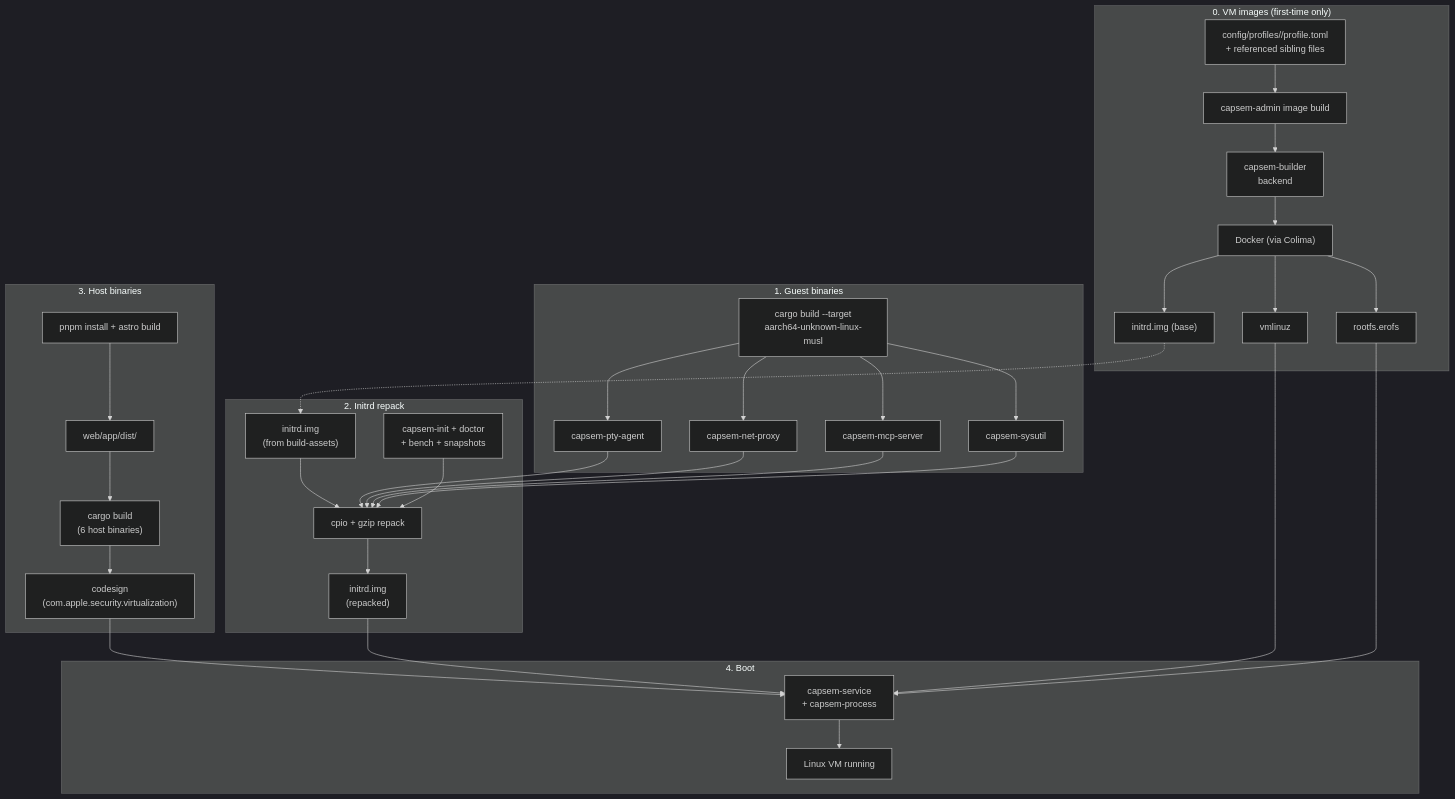
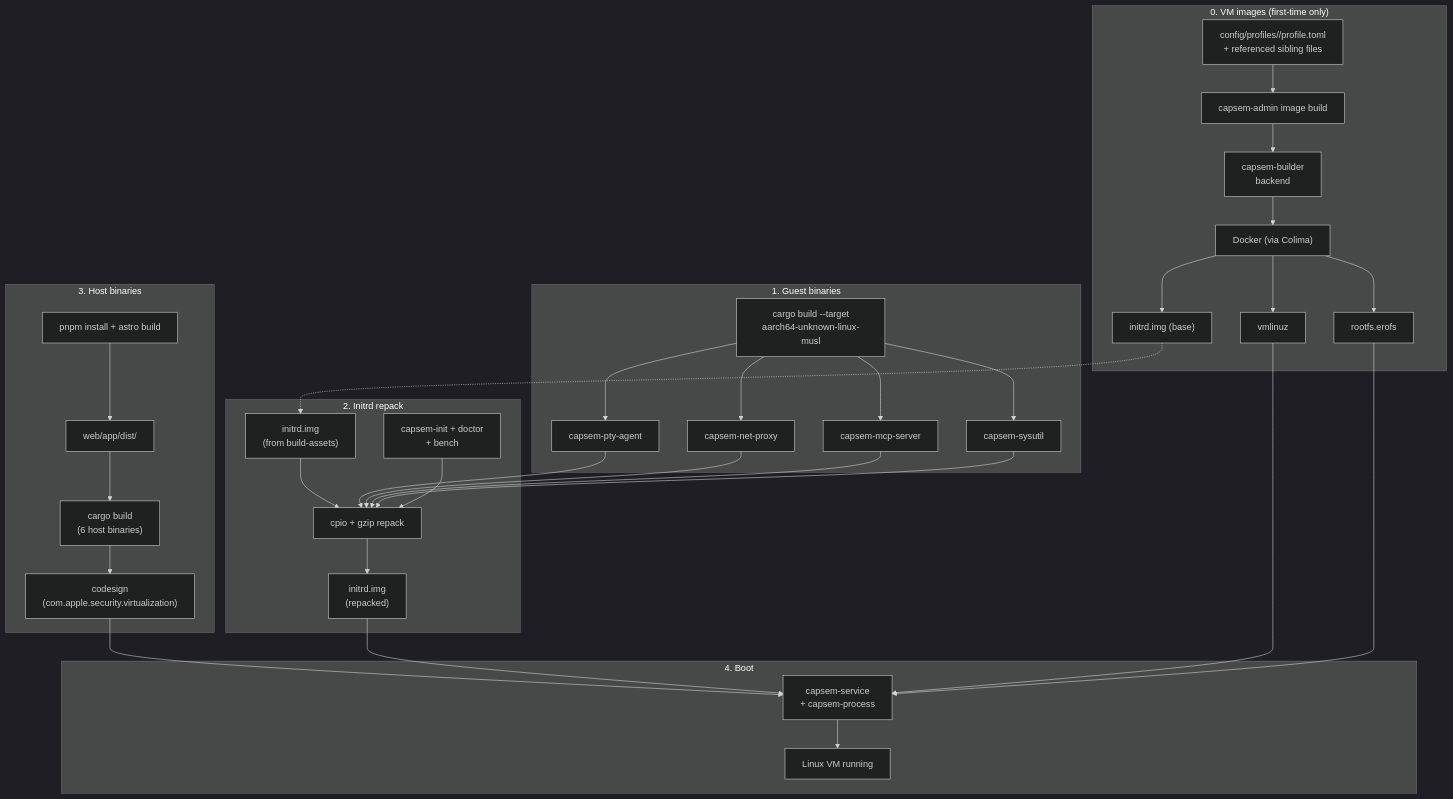
Before and after one commit to google/capsem: the first of 2 diagrams in web/docs/src/content/docs/development/stack.md, drawn with Mermaid (dark theme). The commit also changed other lines of this file and 217 other files, not shown here.

````diff
--- a/web/docs/src/content/docs/development/stack.md
+++ b/web/docs/src/content/docs/development/stack.md
@@ -12,50 +12,50 @@
 ```mermaid
 flowchart TD
     subgraph stage1["1. Guest binaries"]
         CARGO_CROSS["cargo build --target\naarch64-unknown-linux-musl"]
         AGENT["capsem-pty-agent"]
         NETPROXY["capsem-net-proxy"]
         MCP["capsem-mcp-server"]
         SYSUTIL["capsem-sysutil"]
         CARGO_CROSS --> AGENT & NETPROXY & MCP & SYSUTIL
     end
 
     subgraph stage2["2. Initrd repack"]
         INITRD_IN["initrd.img\n(from build-assets)"]
-        SCRIPTS["capsem-init + doctor\n+ bench + snapshots"]
+        SCRIPTS["capsem-init + doctor\n+ bench"]
         REPACK["cpio + gzip repack"]
         INITRD_IN --> REPACK
         AGENT & NETPROXY & MCP & SYSUTIL --> REPACK
         SCRIPTS --> REPACK
         REPACK --> INITRD_OUT["initrd.img\n(repacked)"]
     end
 
     subgraph stage3["3. Host binaries"]
         PNPM["pnpm install + astro build"]
         DIST["web/app/dist/"]
         CARGO_HOST["cargo build\n(6 host binaries)"]
         PNPM --> DIST --> CARGO_HOST
         CARGO_HOST --> SIGN["codesign\n(com.apple.security.virtualization)"]
     end
 
     subgraph stage0["0. VM images (first-time only)"]
         PROFILE["config/profiles/<id>/profile.toml\n+ referenced sibling files"]
         ADMIN["capsem-admin image build"]
         BUILDER["capsem-builder\nbackend"]
         DOCKER["Docker (via Colima)"]
         PROFILE --> ADMIN --> BUILDER --> DOCKER
         DOCKER --> VMLINUZ["vmlinuz"]
         DOCKER --> ROOTFS["rootfs.erofs"]
         DOCKER --> INITRD_BASE["initrd.img (base)"]
     end
 
     INITRD_BASE -.-> INITRD_IN
 
     subgraph stage4["4. Boot"]
         SIGN --> BOOT["capsem-service\n+ capsem-process"]
         INITRD_OUT --> BOOT
         VMLINUZ --> BOOT
         ROOTFS --> BOOT
         BOOT --> VM["Linux VM running"]
     end
 ```
````
